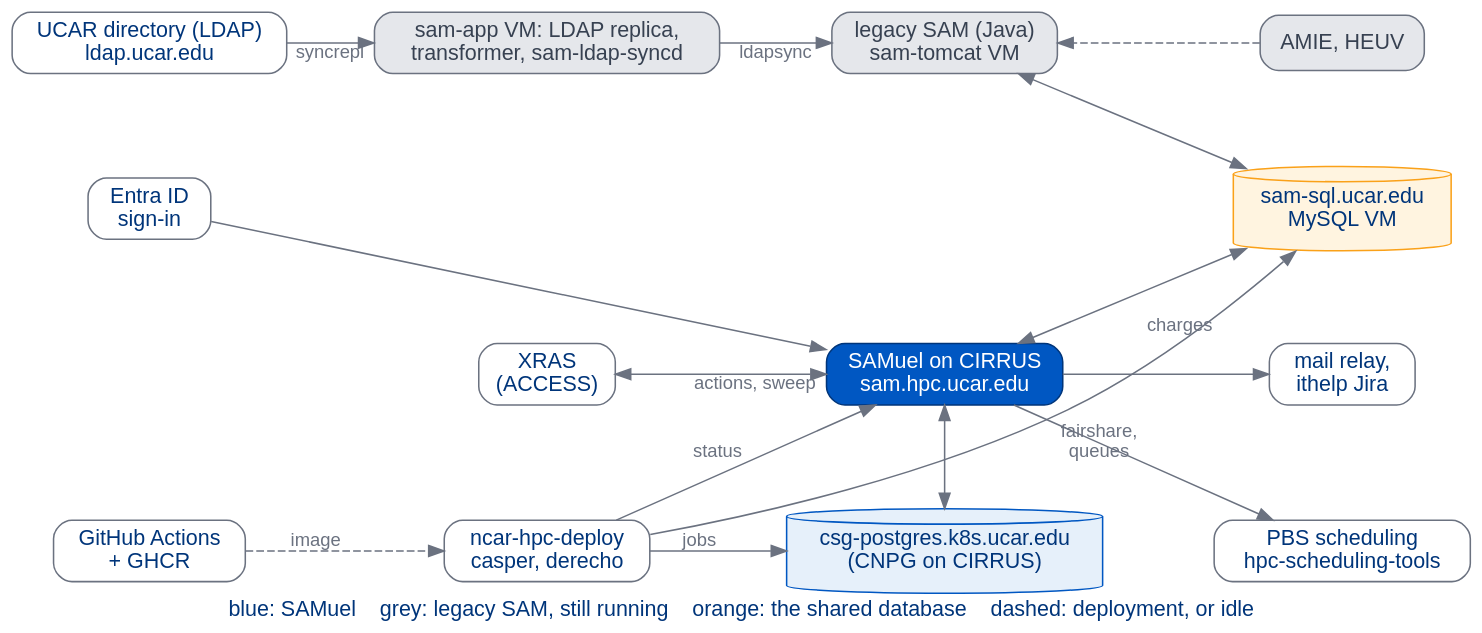
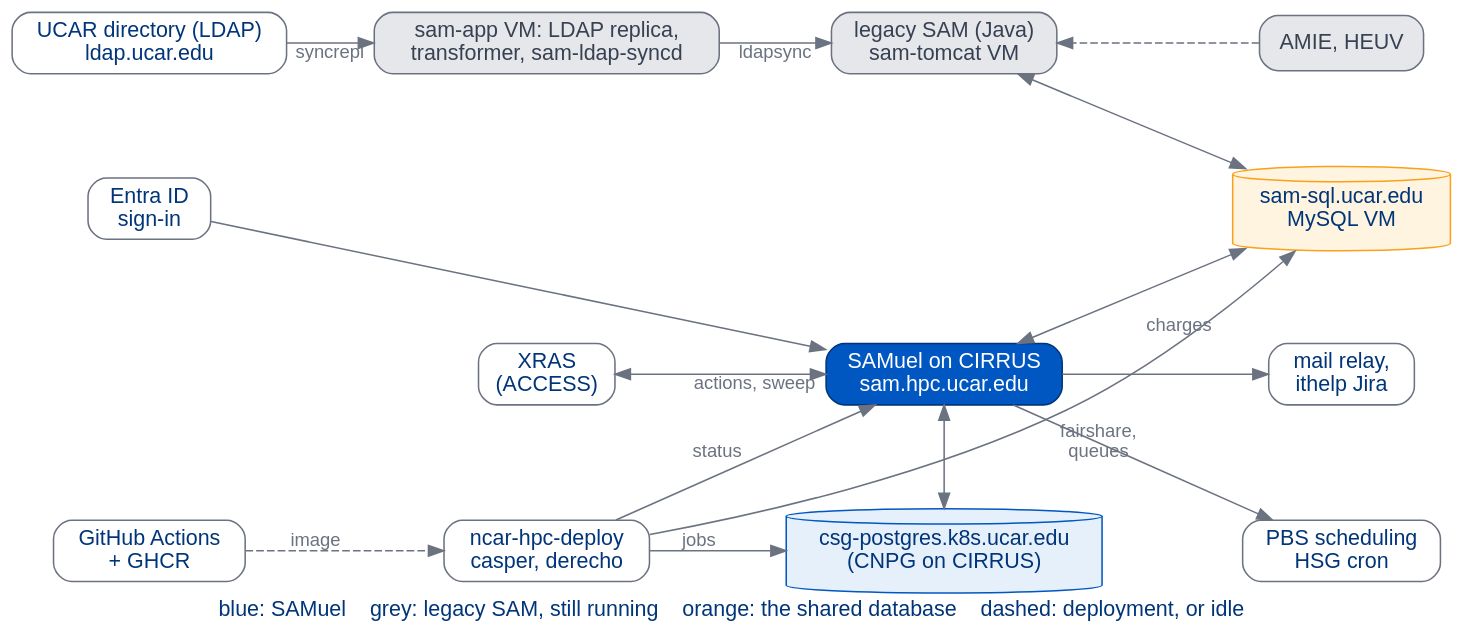
Before and after one commit to benkirk/quarto-docs-framework: the first of 6 diagrams in docs/samuel/_4-systems.qmd, drawn with Graphviz. The commit also changed other lines of this file and 2 other files, not shown here.

````diff
--- a/docs/samuel/_4-systems.qmd
+++ b/docs/samuel/_4-systems.qmd
@@ -15,49 +15,49 @@
 ```{dot}
 //| fig-width: 10
 digraph Map {
   graph [layout=neato, splines=true, bgcolor="transparent",
          fontname="Helvetica", fontsize=14, fontcolor="#00357A",
          label="blue: SAMuel    grey: legacy SAM, still running    orange: the shared database    dashed: deployment, or idle",
          labelloc=b];
   node  [shape=box, style="rounded,filled", fontname="Helvetica", fontsize=14,
          fillcolor="#FFFFFF", color="#6B7280", fontcolor="#00357A", margin="0.15,0.07"];
   edge  [fontname="Helvetica", fontsize=12, color="#6B7280", fontcolor="#6B7280"];
 
   dir     [label="UCAR directory (LDAP)\nldap.ucar.edu", pos="0,4.2!"];
   helpers [label="sam-app VM: LDAP replica,\ntransformer, sam-ldap-syncd", pos="3.6,4.2!",
            fillcolor="#E5E7EB", fontcolor="#374151"];
   tomcat  [label="legacy SAM (Java)\nsam-tomcat VM", pos="7.2,4.2!",
            fillcolor="#E5E7EB", fontcolor="#374151"];
   other   [label="AMIE, HEUV", pos="10.8,4.2!", fillcolor="#E5E7EB", fontcolor="#374151"];
 
   entra   [label="Entra ID\nsign-in", pos="0,2.7!"];
   sql     [label="sam-sql.ucar.edu\nMySQL VM", pos="10.8,2.7!", shape=cylinder,
            fillcolor="#FFF4E0", color="#FAA119"];
 
   xras    [label="XRAS\n(ACCESS)", pos="3.6,1.2!"];
   samuel  [label="SAMuel on CIRRUS\nsam.hpc.ucar.edu", pos="7.2,1.2!",
            fillcolor="#0057C2", color="#00357A", fontcolor="#FFFFFF"];
   mail    [label="mail relay,\nithelp Jira", pos="10.8,1.2!"];
 
   gh      [label="GitHub Actions\n+ GHCR", pos="0,-0.4!"];
   lanes   [label="ncar-hpc-deploy\ncasper, derecho", pos="3.6,-0.4!"];
   pg      [label="csg-postgres.k8s.ucar.edu\n(CNPG on CIRRUS)", pos="7.2,-0.4!", shape=cylinder,
            fillcolor="#E6F0FA", color="#0057C2"];
-  pbs     [label="PBS scheduling\nhpc-scheduling-tools", pos="10.8,-0.4!"];
+  pbs     [label="PBS scheduling\nHSG cron", pos="10.8,-0.4!"];
 
   dir -> helpers [label="syncrepl"];
   helpers -> tomcat [label="ldapsync"];
   other -> tomcat [style=dashed];
   tomcat -> sql [dir=both];
   samuel -> sql [dir=both];
   entra -> samuel;
   samuel -> mail;
   xras -> samuel [dir=both, label="actions, sweep"];
   samuel -> pg [dir=both];
   samuel -> pbs [label="fairshare,\nqueues"];
   lanes -> samuel [label="status"];
   lanes -> pg [label="jobs"];
   lanes -> sql [headlabel="charges", labeldistance=9, labelangle=-8];
   gh -> lanes [style=dashed, label="image"];
 }
 ```
````
